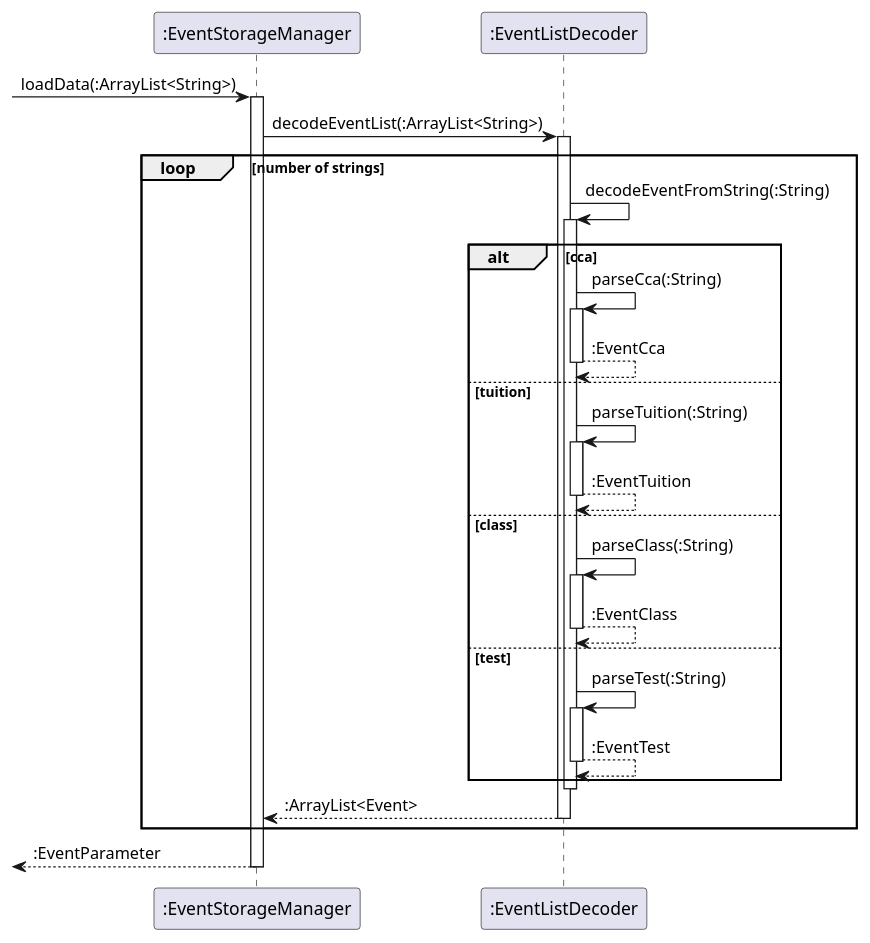
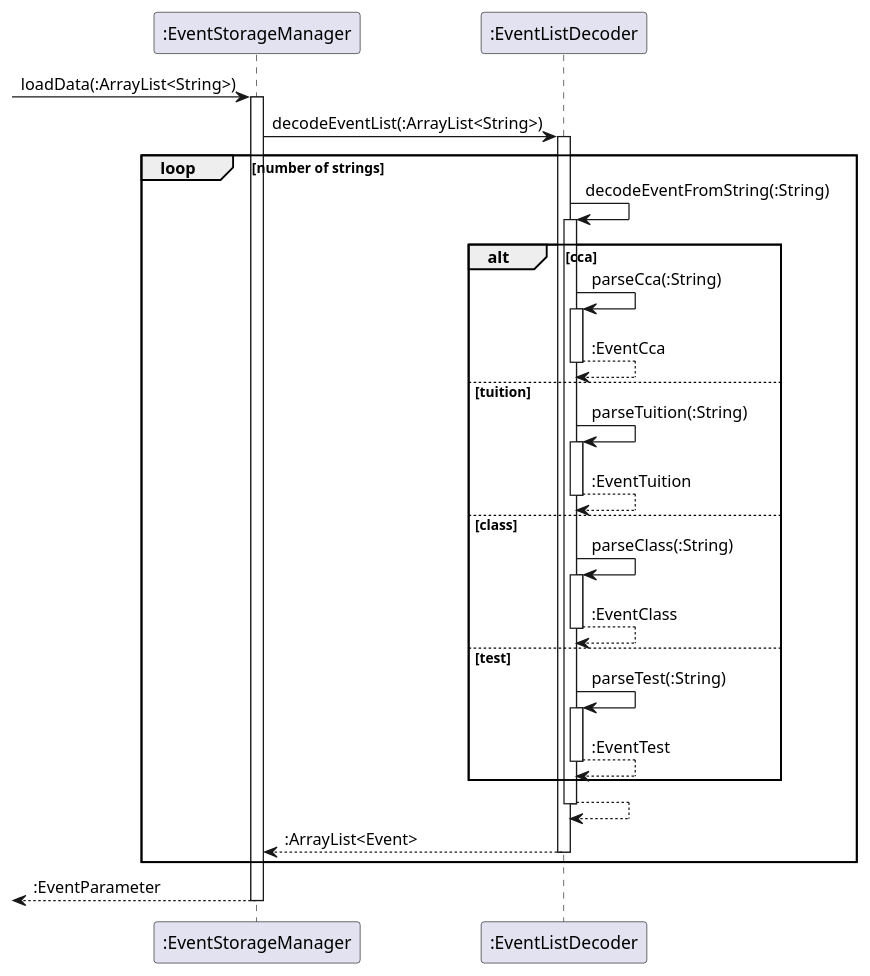
Before and after one commit to untitle4/tp: the diagram in docs/plantuml/EventStorageReadSequence.puml, drawn with PlantUML.

```diff
--- a/docs/plantuml/EventStorageReadSequence.puml
+++ b/docs/plantuml/EventStorageReadSequence.puml
@@ -1,38 +1,39 @@
 @startuml
 
 -> ":EventStorageManager" : loadData(:ArrayList<String>)
 activate ":EventStorageManager"
 ":EventStorageManager" -> ":EventListDecoder" : decodeEventList(:ArrayList<String>)
 activate ":EventListDecoder"
 
 loop number of strings
 ":EventListDecoder" -> ":EventListDecoder" : decodeEventFromString(:String)
 activate ":EventListDecoder"
 alt cca
 ":EventListDecoder" -> ":EventListDecoder" : parseCca(:String)
 activate ":EventListDecoder"
 ":EventListDecoder" --> ":EventListDecoder" : :EventCca
 deactivate ":EventListDecoder"
 else tuition
 ":EventListDecoder" -> ":EventListDecoder" : parseTuition(:String)
 activate ":EventListDecoder"
 ":EventListDecoder" --> ":EventListDecoder" : :EventTuition
 deactivate ":EventListDecoder"
 else class
 ":EventListDecoder" -> ":EventListDecoder" : parseClass(:String)
 activate ":EventListDecoder"
 ":EventListDecoder" --> ":EventListDecoder" : :EventClass
 deactivate ":EventListDecoder"
 else test
 ":EventListDecoder" -> ":EventListDecoder" : parseTest(:String)
 activate ":EventListDecoder"
 ":EventListDecoder" --> ":EventListDecoder" : :EventTest
 deactivate ":EventListDecoder"
 end alt
+":EventListDecoder" --> ":EventListDecoder"
 deactivate ":EventListDecoder"
 ":EventListDecoder" --> ":EventStorageManager" : :ArrayList<Event>
 deactivate ":EventListDecoder"
 end loop
 <-- ":EventStorageManager" : :EventParameter
 deactivate ":EventStorageManager"
 @enduml
```
